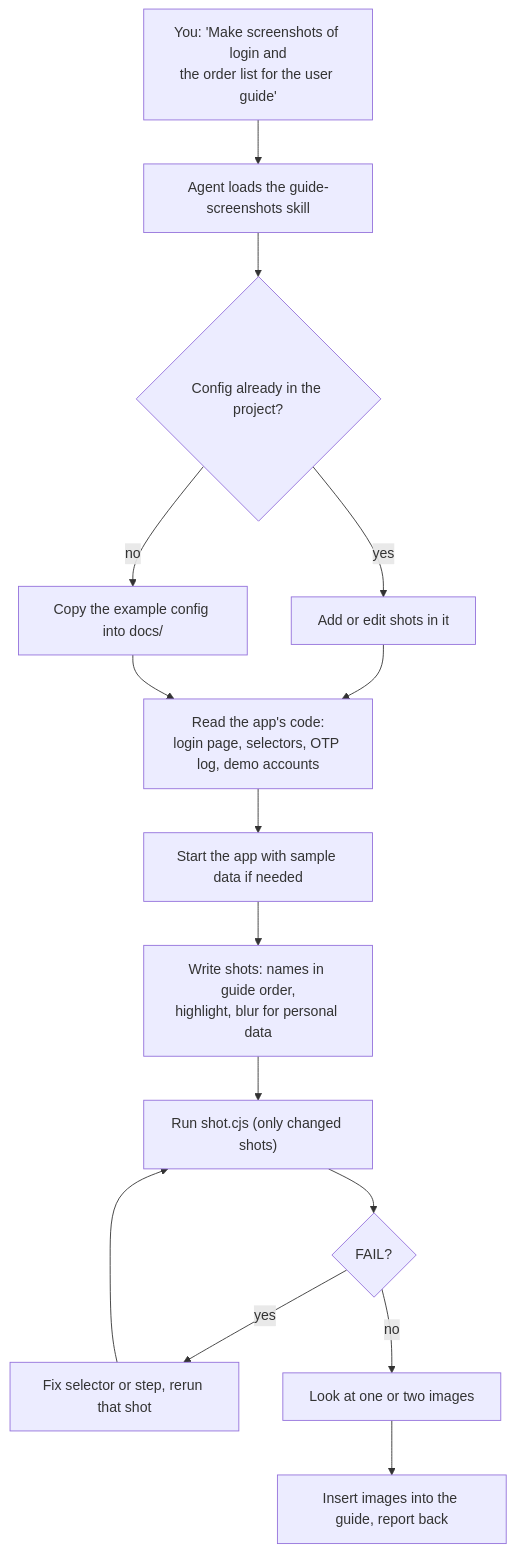
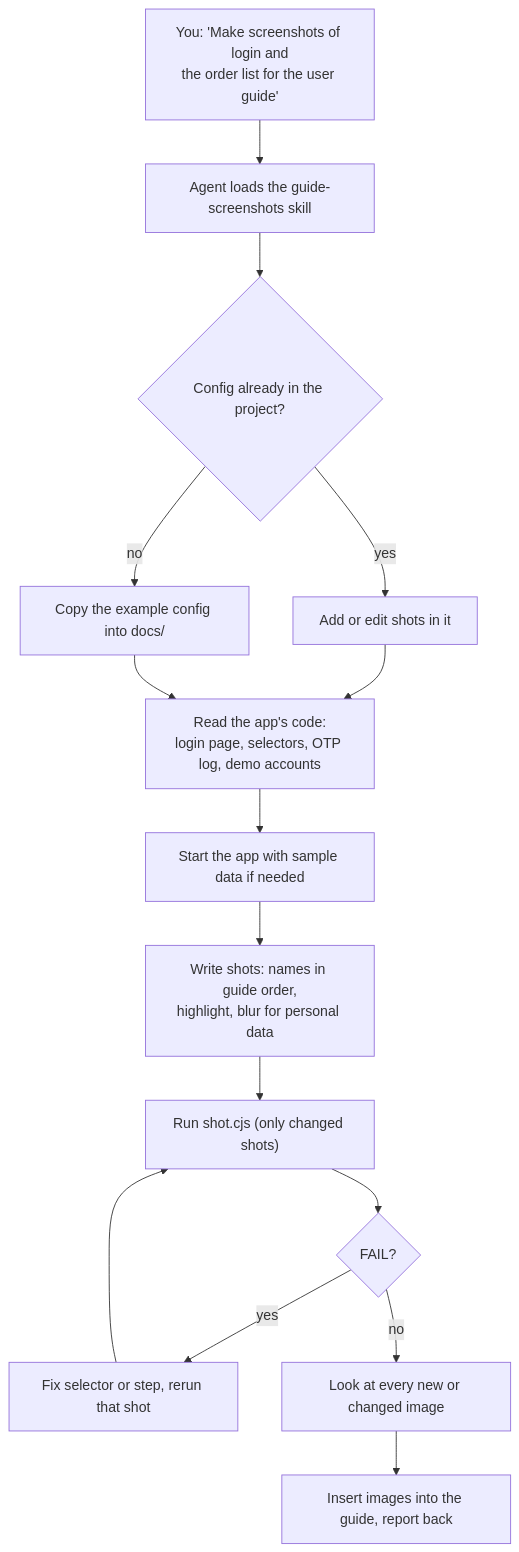
Before and after one commit to karsawave/gushot: the diagram in docs/ai-agents/use-with-ai-agents.md, drawn with Mermaid. The commit also changed other lines of this file and 9 other files, not shown here.

Commit message:
Docs: which apps fit, --md and replaceText in READMEs and tutorials, diagram rule

````diff
--- a/docs/ai-agents/use-with-ai-agents.md
+++ b/docs/ai-agents/use-with-ai-agents.md
@@ -9,17 +9,17 @@
 ```mermaid
 flowchart TD
     A["You: 'Make screenshots of login and<br/>the order list for the user guide'"] --> B[Agent loads the guide-screenshots skill]
     B --> C{Config already in the project?}
     C -- yes --> D[Add or edit shots in it]
     C -- no --> E[Copy the example config into docs/]
     D --> F
     E --> F["Read the app's code:<br/>login page, selectors, OTP log, demo accounts"]
     F --> G[Start the app with sample data if needed]
     G --> H[Write shots: names in guide order,<br/>highlight, blur for personal data]
     H --> I["Run shot.cjs (only changed shots)"]
     I --> J{FAIL?}
     J -- yes --> K[Fix selector or step, rerun that shot]
     K --> I
-    J -- no --> L[Look at one or two images]
+    J -- no --> L[Look at every new or changed image]
     L --> M[Insert images into the guide, report back]
 ```
````
